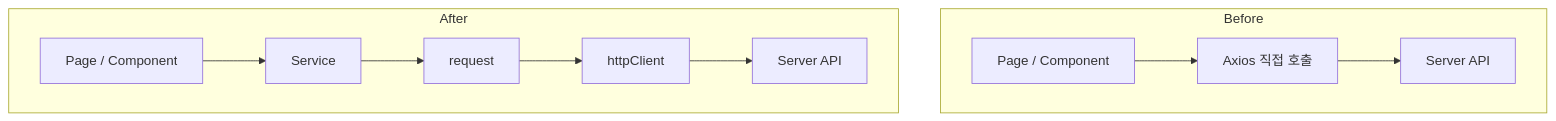
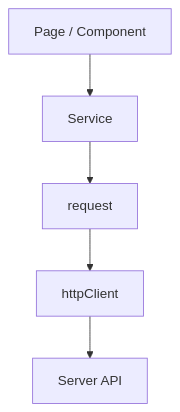
Before and after one commit to Economy0326/shopping-frontend: the first of 4 diagrams in README.md, drawn with Mermaid. The commit also changed other lines of this file, not shown here.

````diff
--- a/README.md
+++ b/README.md
@@ -182,14 +198,7 @@
 ```mermaid
 flowchart TD
-  subgraph Before
-    A1["Page / Component"] --> B1["Axios 직접 호출"]
-    B1 --> C1["Server API"]
-  end
-
-  subgraph After
-    A2["Page / Component"] --> B2["Service"]
-    B2 --> C2["request"]
-    C2 --> D2["httpClient"]
-    D2 --> E2["Server API"]
-  end
+  A["Page / Component"] --> B["Service"]
+  B --> C["request"]
+  C --> D["httpClient"]
+  D --> E["Server API"]
 ```
````
